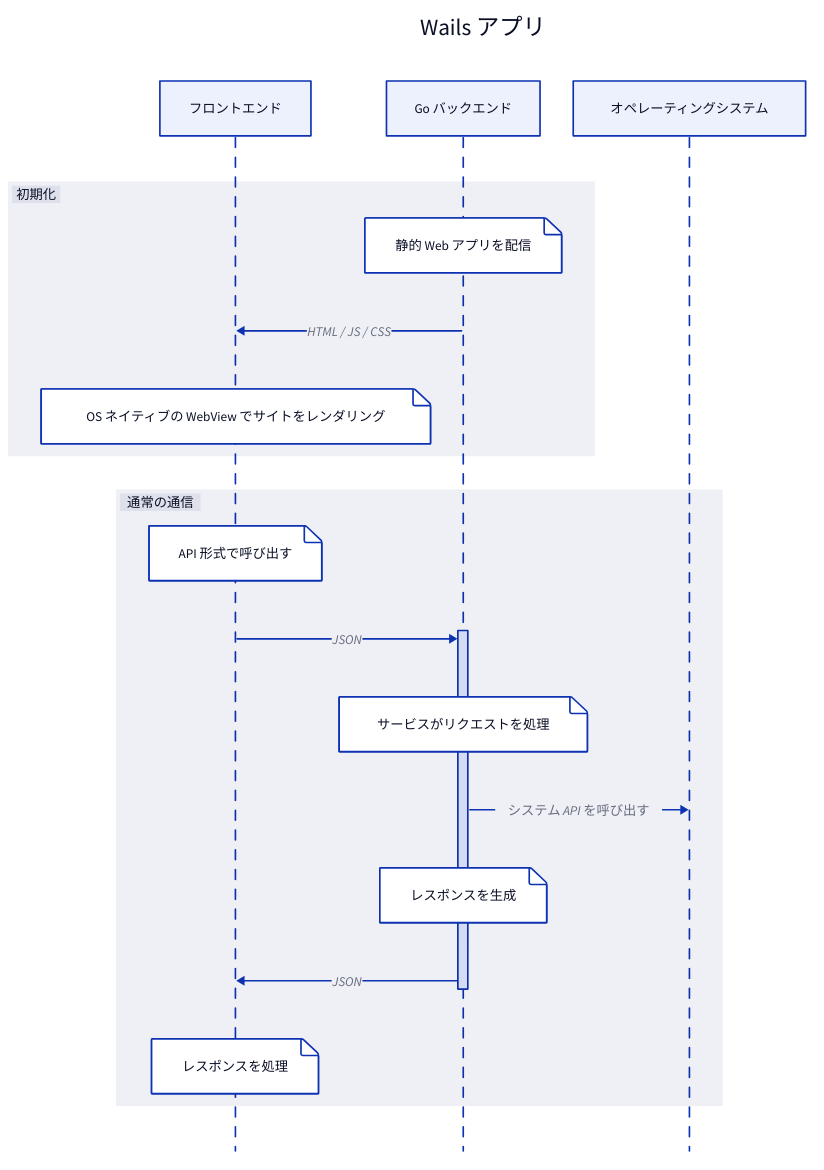
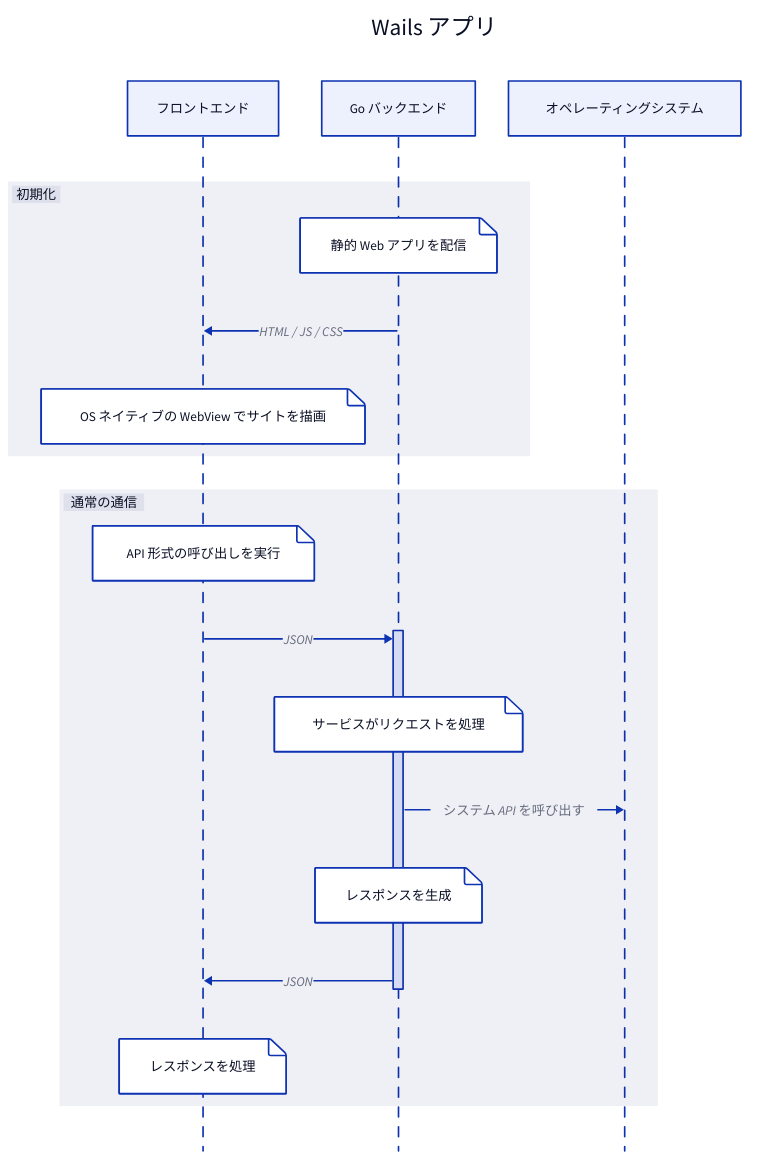
The first of 8 diagrams in docs/mpress/content/ja/concepts/architecture.md (wailsapp/wails), drawn with D2 before and after one commit. The commit also changed other lines of this file and 1096 other files, not shown here.

````diff
--- a/docs/mpress/content/ja/concepts/architecture.md
+++ b/docs/mpress/content/ja/concepts/architecture.md
@@ -10,30 +10,30 @@
 ```d2
 direction: left
 
 Wails App: {
   shape: sequence_diagram
   label: Wails アプリ
 
   frontend: フロントエンド
   backend: Go バックエンド
   os: オペレーティングシステム
 
   Initialisation: 初期化 {
     shape: sequence_diagram
     backend."Serves Static Web App": 静的 Web アプリを配信
     backend -> frontend: HTML / JS / CSS
-    frontend."Render Site via OS-native WebView": OS ネイティブの WebView でサイトをレンダリング
+    frontend."Render Site via OS-native WebView": OS ネイティブの WebView でサイトを描画
   }
   Regular Communication: 通常の通信 {
     shape: sequence_diagram
-    frontend."Make API-style call": API 形式で呼び出す
+    frontend."Make API-style call": API 形式の呼び出しを実行
     frontend -> backend.a: JSON
     backend.a."Service processes request": サービスがリクエストを処理
     backend.a -> os: システム API を呼び出す
     backend.a."Generate Response": レスポンスを生成
     backend.a -> frontend: JSON
     frontend."Process response": レスポンスを処理
   }
   backend.a.label: a
 }
 ```
````
